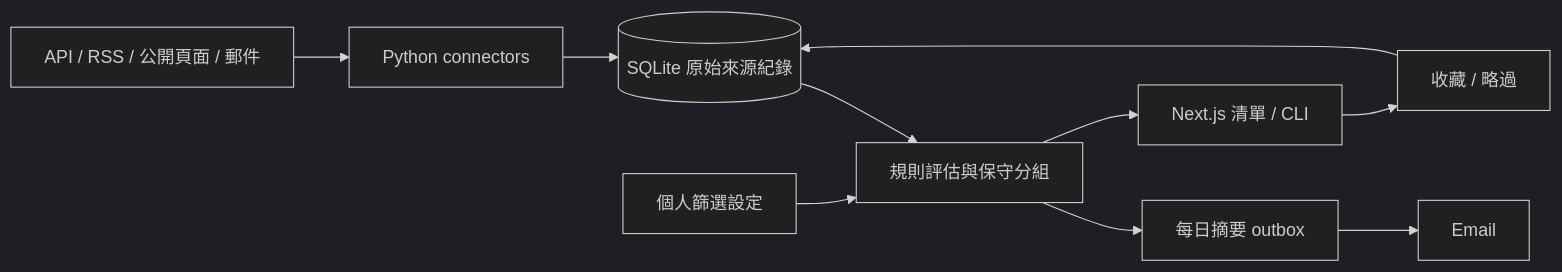
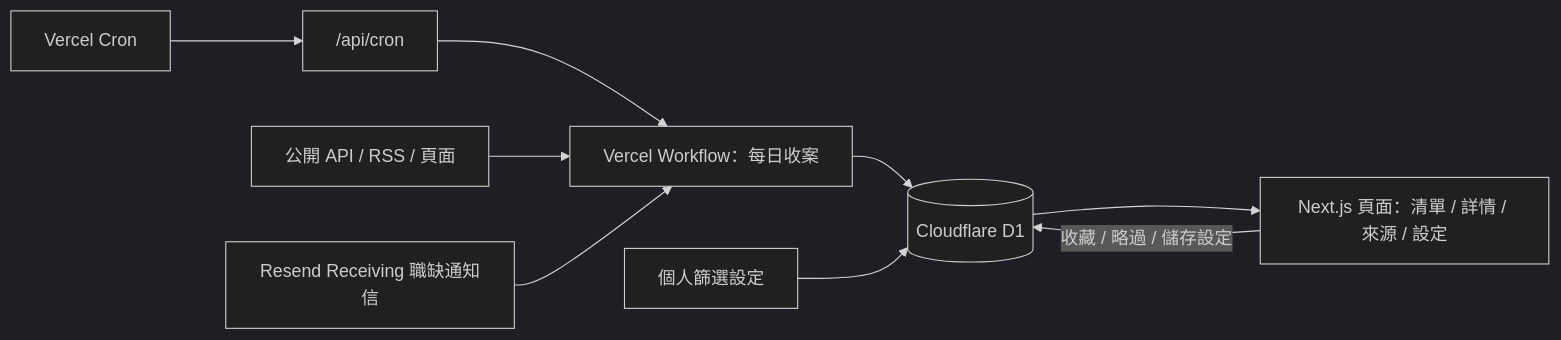
One commit to Will413028/freelance-agent changed the diagram in docs/design.md. Above: the diagram before and after it, drawn with Mermaid (dark theme). The commit also changed other lines of this file and 8 other files, not shown here.

````diff
--- a/docs/design.md
+++ b/docs/design.md
@@ -68,12 +19,11 @@
 ```mermaid
 flowchart LR
-  A[API / RSS / 公開頁面 / 郵件] --> B[Python connectors]
-  B --> C[(SQLite 原始來源紀錄)]
-  P[個人篩選設定] --> D[規則評估與保守分組]
-  C --> D
-  D --> E[Next.js 清單 / CLI]
-  E --> F[收藏 / 略過]
-  F --> C
-  D --> G[每日摘要 outbox]
-  G --> H[Email]
+  C[Vercel Cron] --> R["/api/cron"]
+  R --> W[Vercel Workflow：每日收案]
+  S[公開 API / RSS / 頁面] --> W
+  M[Resend Receiving 職缺通知信] --> W
+  W --> D[(Cloudflare D1)]
+  P[個人篩選設定] --> D
+  D --> U[Next.js 頁面：清單 / 詳情 / 來源 / 設定]
+  U -->|收藏 / 略過 / 儲存設定| D
 ```
````
